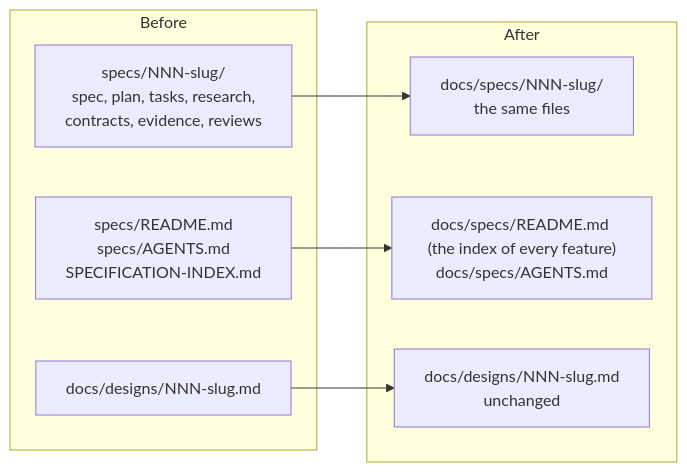
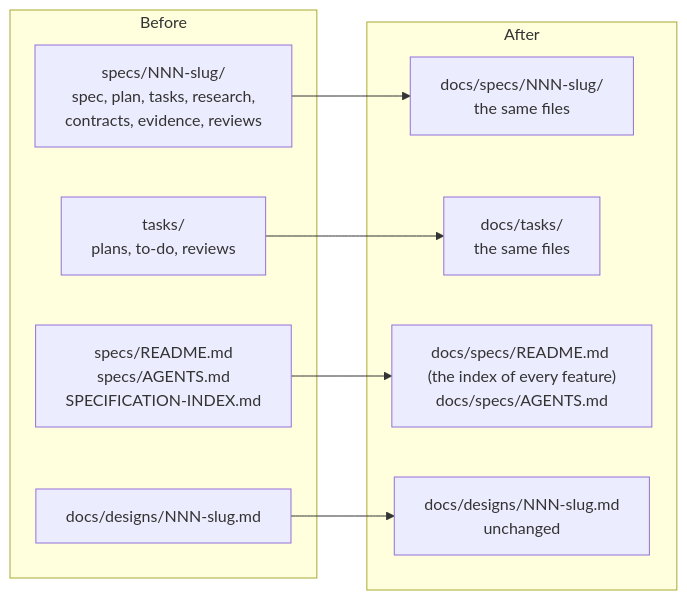
The diagram in docs/governance/specs-into-docs-plan.md (ortisun/sagat-octopus-orchestrator), drawn with Mermaid before and after one commit. The commit also changed other lines of this file, not shown here.

First line of the commit message:
docs(governance): move tasks/ with specs/ and keep pointers one release

````diff
--- a/docs/governance/specs-into-docs-plan.md
+++ b/docs/governance/specs-into-docs-plan.md
@@ -30,16 +30,19 @@
 ```mermaid
 flowchart LR
   subgraph before["Before"]
     s1["specs/NNN-slug/<br/>spec, plan, tasks, research,<br/>contracts, evidence, reviews"]
     s2["specs/README.md<br/>specs/AGENTS.md<br/>SPECIFICATION-INDEX.md"]
     d1["docs/designs/NNN-slug.md"]
+    t1["tasks/<br/>plans, to-do, reviews"]
   end
   subgraph after["After"]
     a1["docs/specs/NNN-slug/<br/>the same files"]
+    a4["docs/tasks/<br/>the same files"]
     a2["docs/specs/README.md (the index of every feature)<br/>docs/specs/AGENTS.md"]
     a3["docs/designs/NNN-slug.md<br/>unchanged"]
   end
   s1 --> a1
   s2 --> a2
   d1 --> a3
+  t1 --> a4
 ```
````
